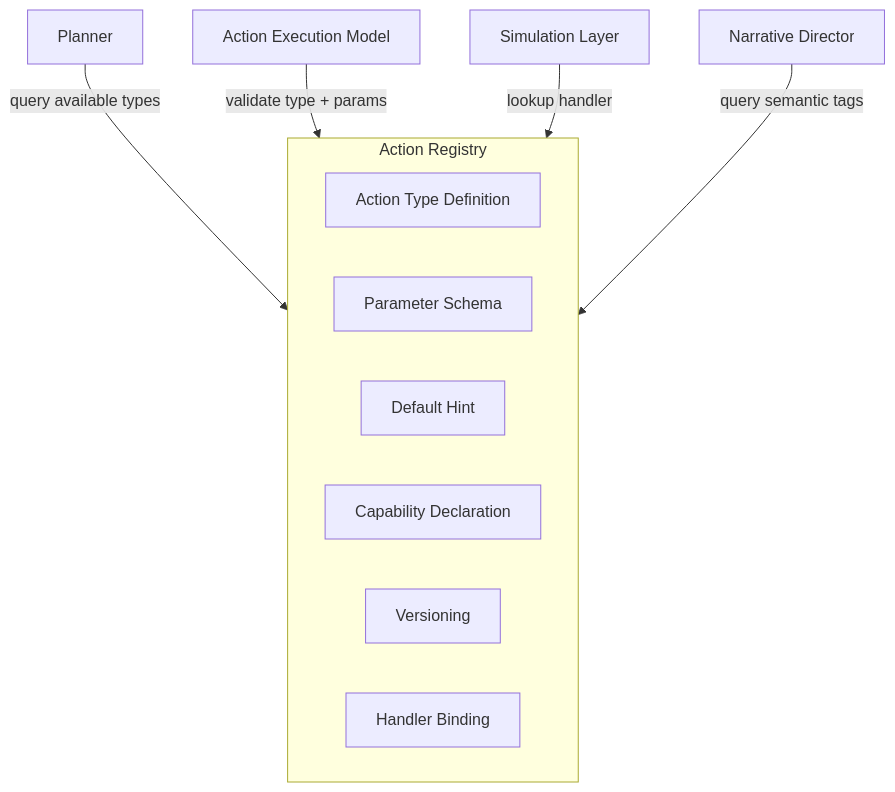
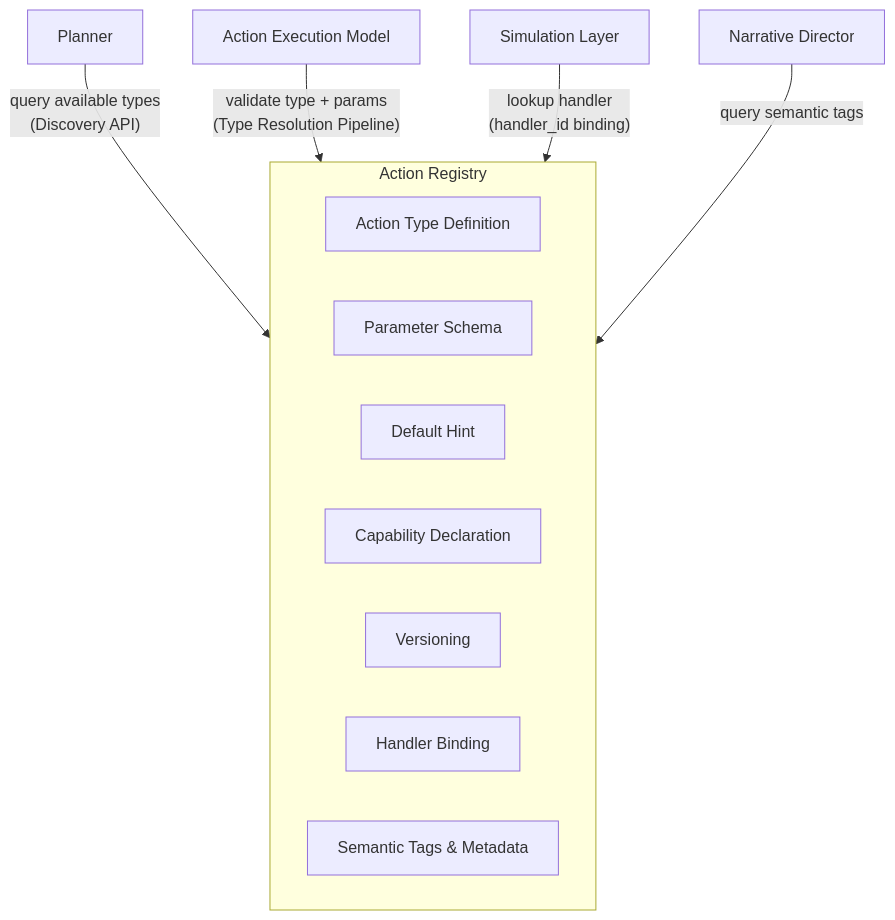
One commit to yueseyeyu/ai-narrative-rpg-engine changed the second of 12 diagrams in docs/02_Architecture/Action_Registry.md. Above: the diagram before and after it, drawn with Mermaid. The commit also changed other lines of this file and 43 other files, not shown here.

Commit message:
feat: Architecture Baseline v1.0 Frozen + MVP-0 Validation (4/4 contract tests passing)

````diff
--- a/docs/02_Architecture/Action_Registry.md
+++ b/docs/02_Architecture/Action_Registry.md
@@ -105,16 +110,17 @@
 ```mermaid
 flowchart TD
     subgraph Registry["Action Registry"]
         TD[Action Type Definition]
         PS[Parameter Schema]
         DH[Default Hint]
         CD[Capability Declaration]
         VB[Versioning]
         HB[Handler Binding]
+        TG[Semantic Tags & Metadata]
     end
 
-    PLN[Planner] -->|query available types| Registry
-    AEM[Action Execution Model] -->|validate type + params| Registry
-    SIM[Simulation Layer] -->|lookup handler| Registry
-    NAR[Narrative Director] -->|query semantic tags| Registry
+    PLN[Planner] -->|"query available types<br/>(Discovery API)"| Registry
+    AEM[Action Execution Model] -->|"validate type + params<br/>(Type Resolution Pipeline)"| Registry
+    SIM[Simulation Layer] -->|"lookup handler<br/>(handler_id binding)"| Registry
+    NAR[Narrative Director] -->|"query semantic tags"| Registry
 ```
````
